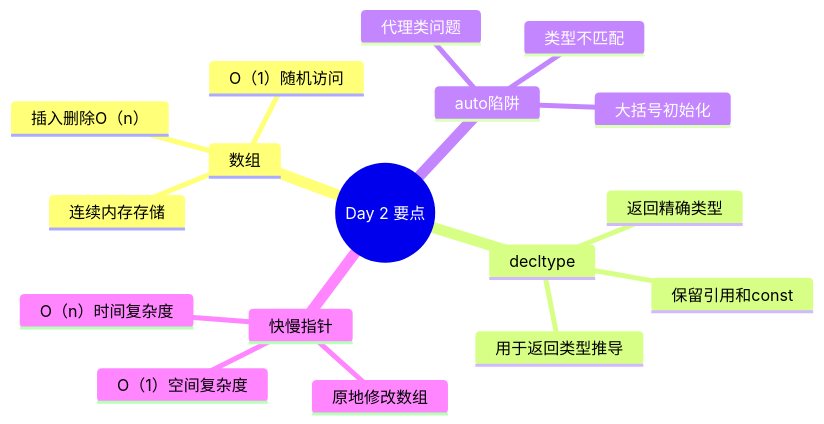
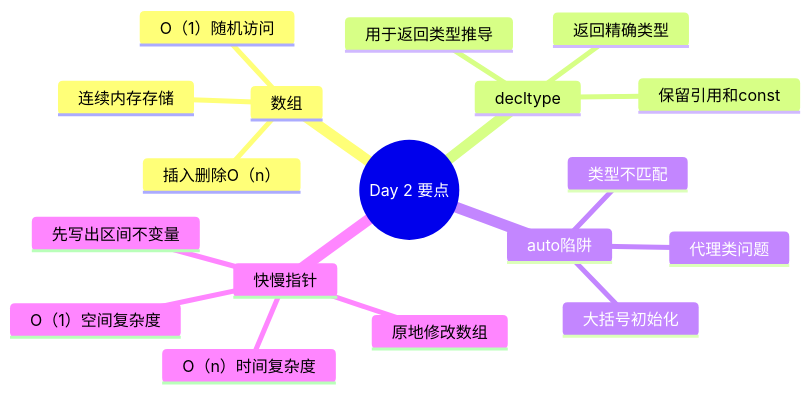
Diagram 13 of 13 in week_01/day_02/README.md (mlbo/cpp_learning), drawn with Mermaid before and after one commit. The commit also changed other lines of this file and 675 other files, not shown here.

````diff
--- a/week_01/day_02/README.md
+++ b/week_01/day_02/README.md
@@ -389,20 +600,21 @@
 ```mermaid
 mindmap
   root((Day 2 要点))
     数组
       连续内存存储
       O（1）随机访问
       插入删除O（n）
     decltype
       返回精确类型
       保留引用和const
       用于返回类型推导
     auto陷阱
       大括号初始化
       代理类问题
       类型不匹配
     快慢指针
       原地修改数组
+      先写出区间不变量
       O（n）时间复杂度
       O（1）空间复杂度
 ```
````
